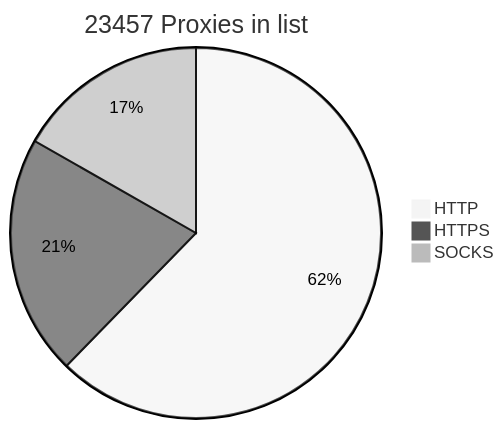
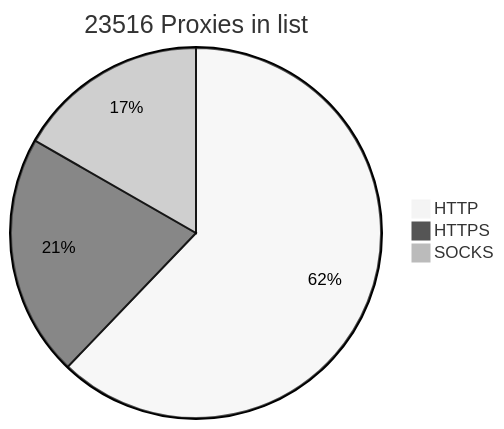
Before and after one commit to BlackSnowDot/proxylist-update-every-minute: the diagram in README.md, drawn with Mermaid (neutral theme). The commit also changed other lines of this file, not shown here.

````diff
--- a/README.md
+++ b/README.md
@@ -2,6 +2,6 @@
 ```mermaid
-pie title 23457 Proxies in list
-    "HTTP" : 16759
-    "HTTPS": 5638
+pie title 23516 Proxies in list
+    "HTTP" : 16758
+    "HTTPS": 5696
     "SOCKS" : 4505
 ```
````
